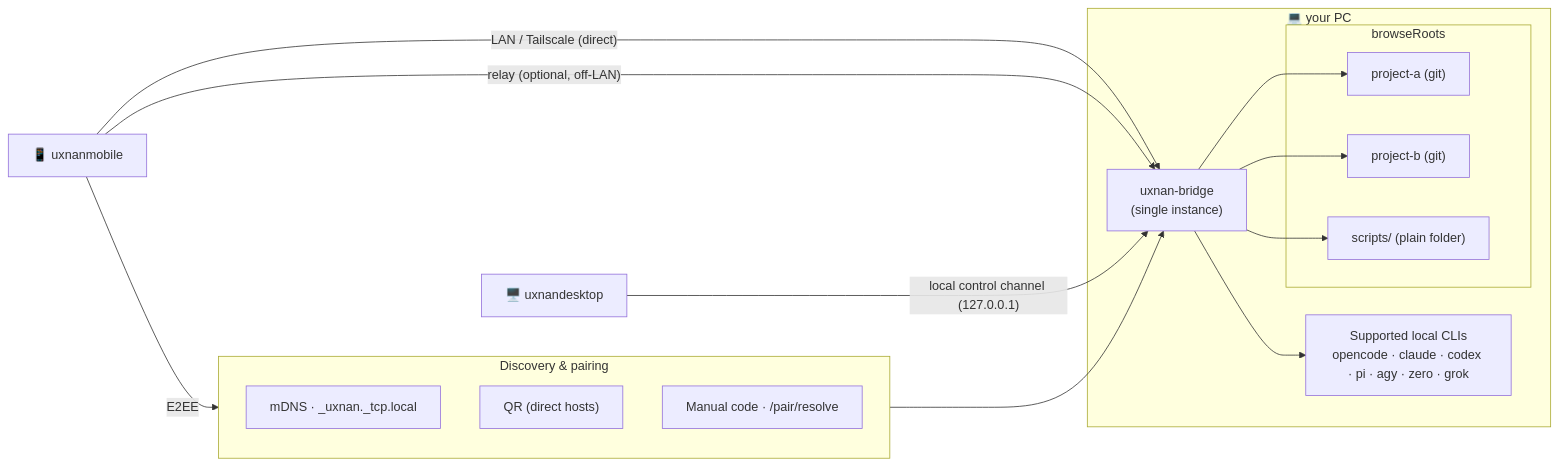
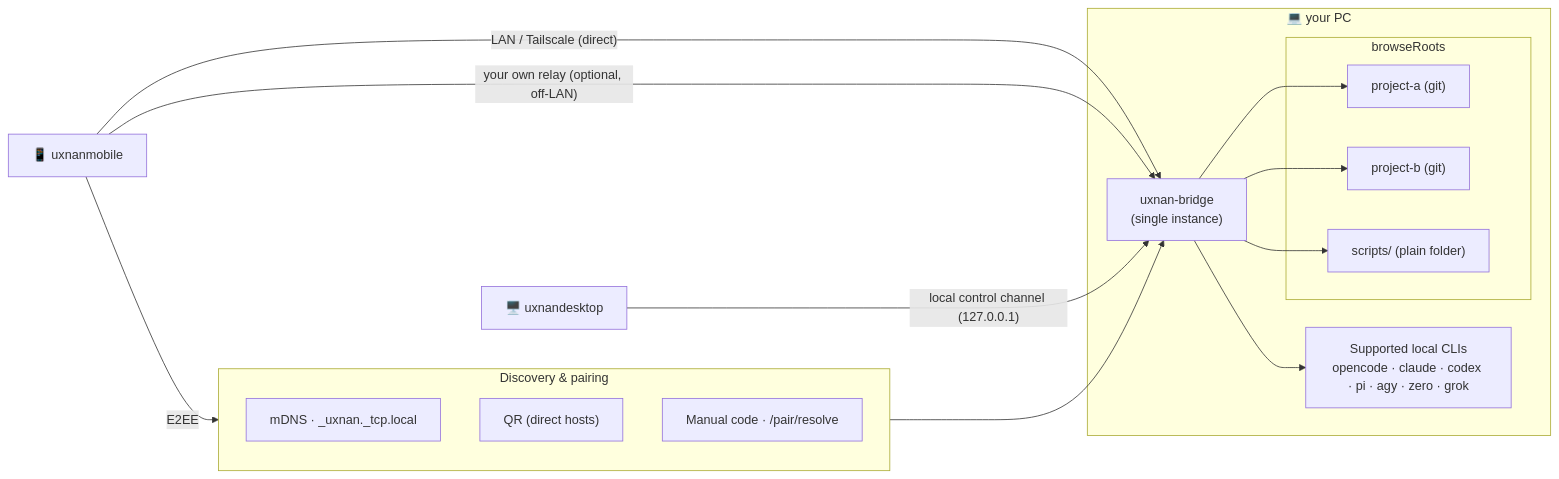
The diagram in bridge/README.md (luisgamas/uxnan), drawn with Mermaid before and after one commit. The commit also changed other lines of this file and 35 other files, not shown here.

First line of the commit message:
feat(bridge): deploy and drive the user's own relay

````diff
--- a/bridge/README.md
+++ b/bridge/README.md
@@ -76,31 +80,31 @@
 ```mermaid
 flowchart LR
   phone["📱 uxnanmobile"]
   desktop["🖥️ uxnandesktop"]
 
   subgraph disc["Discovery & pairing"]
     mdns["mDNS · _uxnan._tcp.local"]
     qr["QR (direct hosts)"]
     code["Manual code · /pair/resolve"]
   end
 
   subgraph pc["💻 your PC"]
     bridge["uxnan-bridge<br/>(single instance)"]
     subgraph roots["browseRoots"]
       p1["project-a (git)"]
       p2["project-b (git)"]
       p3["scripts/ (plain folder)"]
     end
     clis["Supported local CLIs<br/>opencode · claude · codex · pi · agy · zero · grok"]
   end
 
   phone -- "E2EE" --> disc
   disc --> bridge
   phone -- "LAN / Tailscale (direct)" --> bridge
-  phone -- "relay (optional, off-LAN)" --> bridge
+  phone -- "your own relay (optional, off-LAN)" --> bridge
   desktop -- "local control channel (127.0.0.1)" --> bridge
   bridge --> p1
   bridge --> p2
   bridge --> p3
   bridge --> clis
 ```
````
